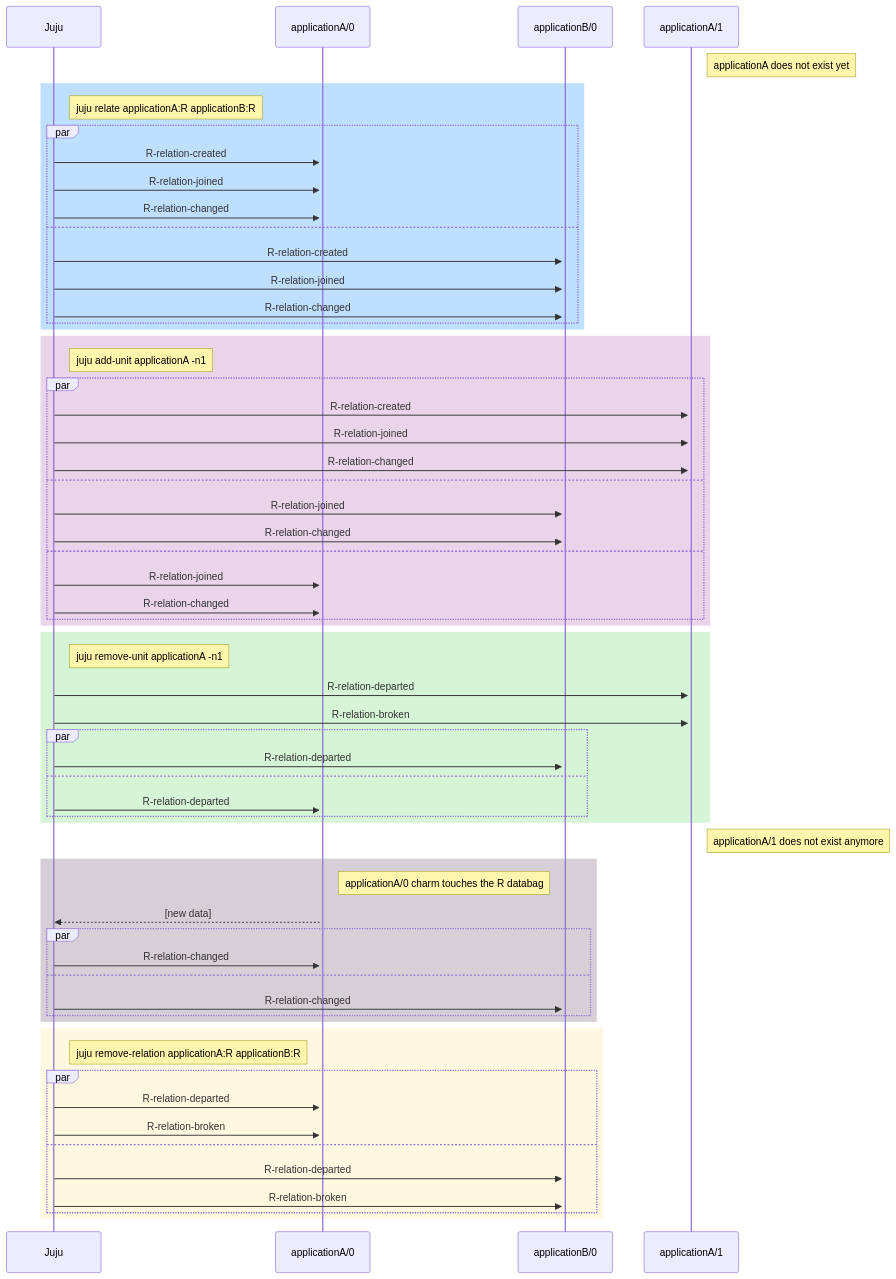
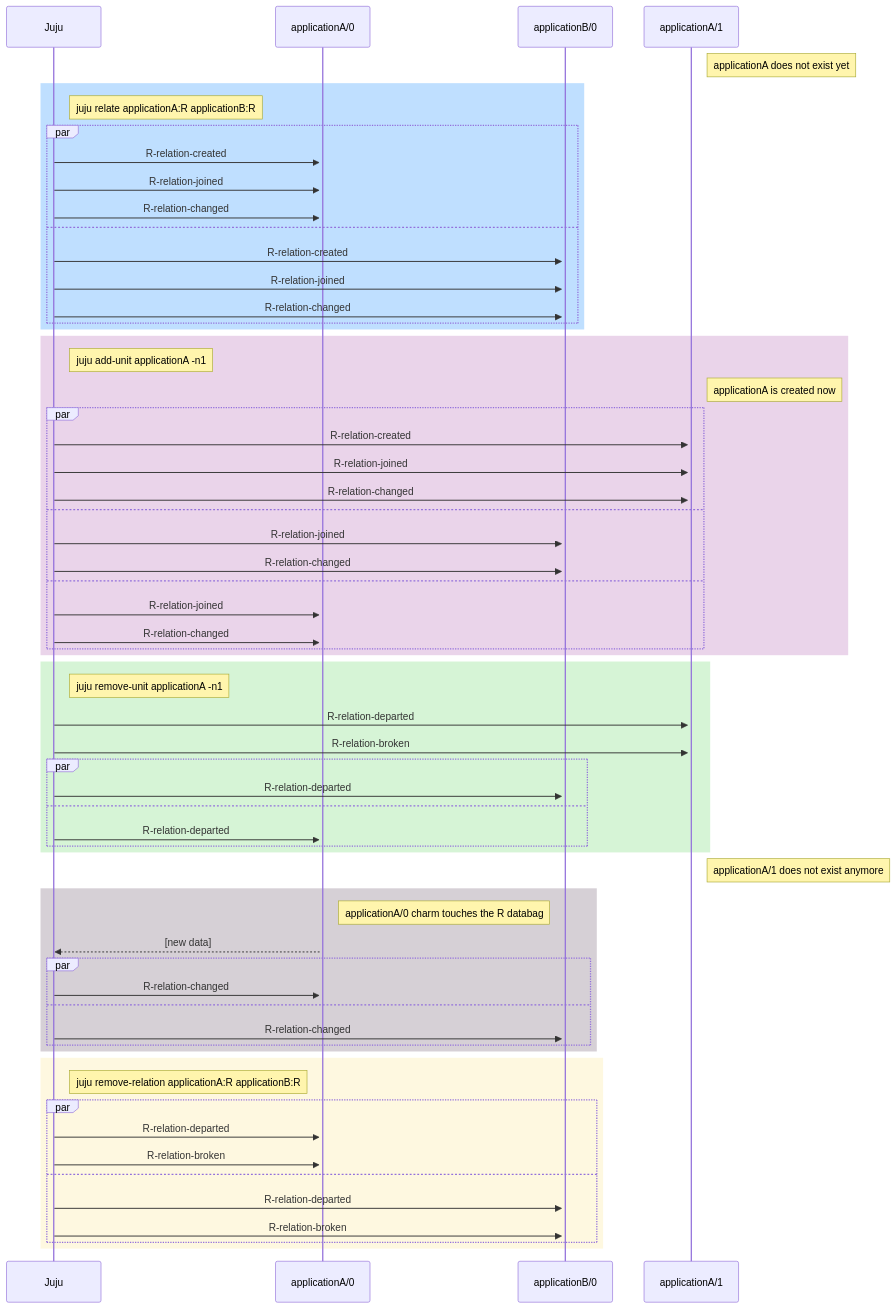
Before and after one commit to canonical/charm-events: the third of 3 diagrams in README.md, drawn with Mermaid.

````diff
--- a/README.md
+++ b/README.md
@@ -119,67 +119,68 @@
 ```mermaid
 sequenceDiagram
     participant Juju
     participant applicationA/0
     participant applicationB/0
     participant applicationA/1 
     # find way to add applicationA/1 later...?
     note right of applicationA/1: applicationA does not exist yet
 
     rect rgb(191, 223, 255)
         note right of Juju: juju relate applicationA:R applicationB:R
         par 
             Juju->>+applicationA/0: R-relation-created
             Juju->>+applicationA/0: R-relation-joined
             Juju->>+applicationA/0: R-relation-changed
         and
             Juju->>+applicationB/0: R-relation-created
             Juju->>+applicationB/0: R-relation-joined
             Juju->>+applicationB/0: R-relation-changed
         end
     end
     rect rgb(150,40,150,.2)
         note right of Juju: juju add-unit applicationA -n1
+        note right of applicationA/1: applicationA is created now
         par
             Juju->>+applicationA/1: R-relation-created
             Juju->>+applicationA/1: R-relation-joined
             Juju->>+applicationA/1: R-relation-changed
         and
             Juju->>+applicationB/0: R-relation-joined
             Juju->>+applicationB/0: R-relation-changed
         and
             Juju->>+applicationA/0: R-relation-joined
             Juju->>+applicationA/0: R-relation-changed
         end
     end
     rect rgb(50,200,50,.2)
         note right of Juju: juju remove-unit applicationA -n1
         Juju->>+applicationA/1: R-relation-departed
         Juju->>+applicationA/1: R-relation-broken
         par
             Juju->>+applicationB/0: R-relation-departed
         and
             Juju->>+applicationA/0: R-relation-departed
         end
     end
     note right of applicationA/1: applicationA/1 does not exist anymore
     rect rgb(50,20,50,.2)
         note right of applicationA/0: applicationA/0 charm touches the R databag
         applicationA/0 -->> Juju: [new data]
         par
             Juju->>+applicationA/0: R-relation-changed
         and 
             Juju->>+applicationB/0: R-relation-changed
         end
     end
         rect rgb(250,220,100,.2)
         note right of Juju: juju remove-relation applicationA:R applicationB:R
         par
             Juju->>+applicationA/0: R-relation-departed
             Juju->>+applicationA/0: R-relation-broken
         and
             Juju->>+applicationB/0: R-relation-departed
             Juju->>+applicationB/0: R-relation-broken
         end
     end
 
 ```
````
